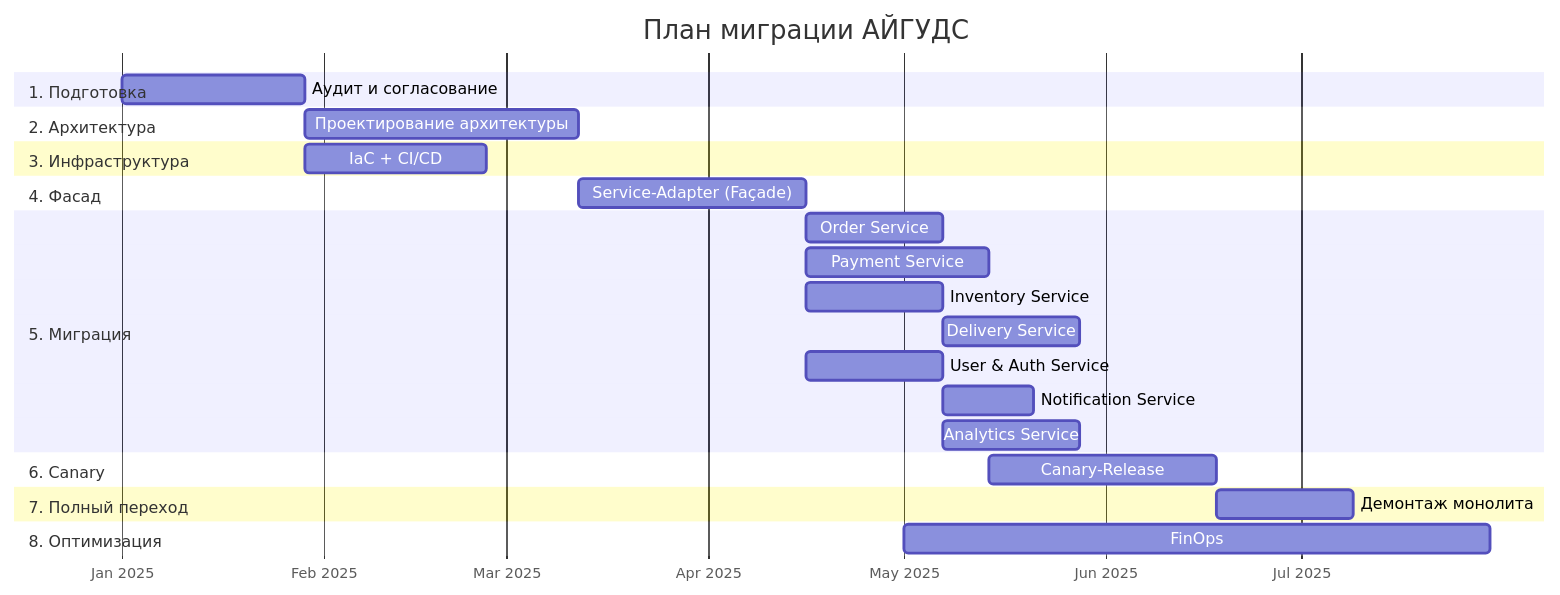
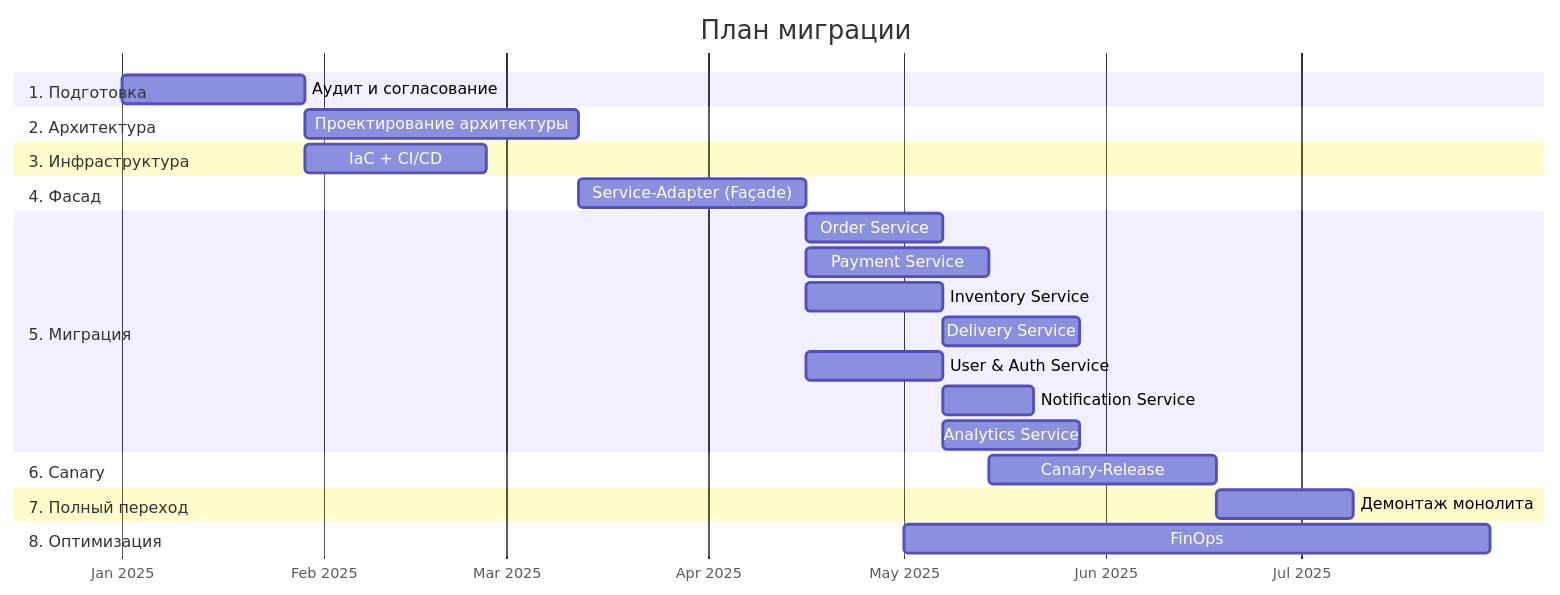
One commit to bestdeejay-design/srs-docs changed the third of 3 diagrams in ПЛАН_ОПТИМИЗАЦИИ.md. Above: the diagram before and after it, drawn with Mermaid. The commit also changed other lines of this file, not shown here.

````diff
--- a/ПЛАН_ОПТИМИЗАЦИИ.md
+++ b/ПЛАН_ОПТИМИЗАЦИИ.md
@@ -635,36 +635,36 @@
 ```mermaid
 gantt
-    title План миграции АЙГУДС
+    title План миграции  
     dateFormat  YYYY-MM-DD
     axisFormat  %b %Y
 
     section 1. Подготовка
     Аудит и согласование        :a1, 2025-01-01, 28d
 
     section 2. Архитектура
     Проектирование архитектуры   :a2, after a1, 42d
 
     section 3. Инфраструктура
     IaC + CI/CD                 :a3, after a1, 28d
 
     section 4. Фасад
     Service-Adapter (Façade)    :a4, after a2, 35d
 
     section 5. Миграция
     Order Service               :a5, after a4, 21d
     Payment Service             :a6, after a4, 28d
     Inventory Service           :a7, after a4, 21d
     Delivery Service            :a8, after a5, 21d
     User & Auth Service         :a9, after a4, 21d
     Notification Service        :a10, after a9, 14d
     Analytics Service           :a11, after a5, 21d
 
     section 6. Canary
     Canary-Release              :a12, after a6, 35d
 
     section 7. Полный переход
     Демонтаж монолита           :a13, after a12, 21d
 
     section 8. Оптимизация
     FinOps                      :a14, 2025-05-01, 90d
 ```
````
